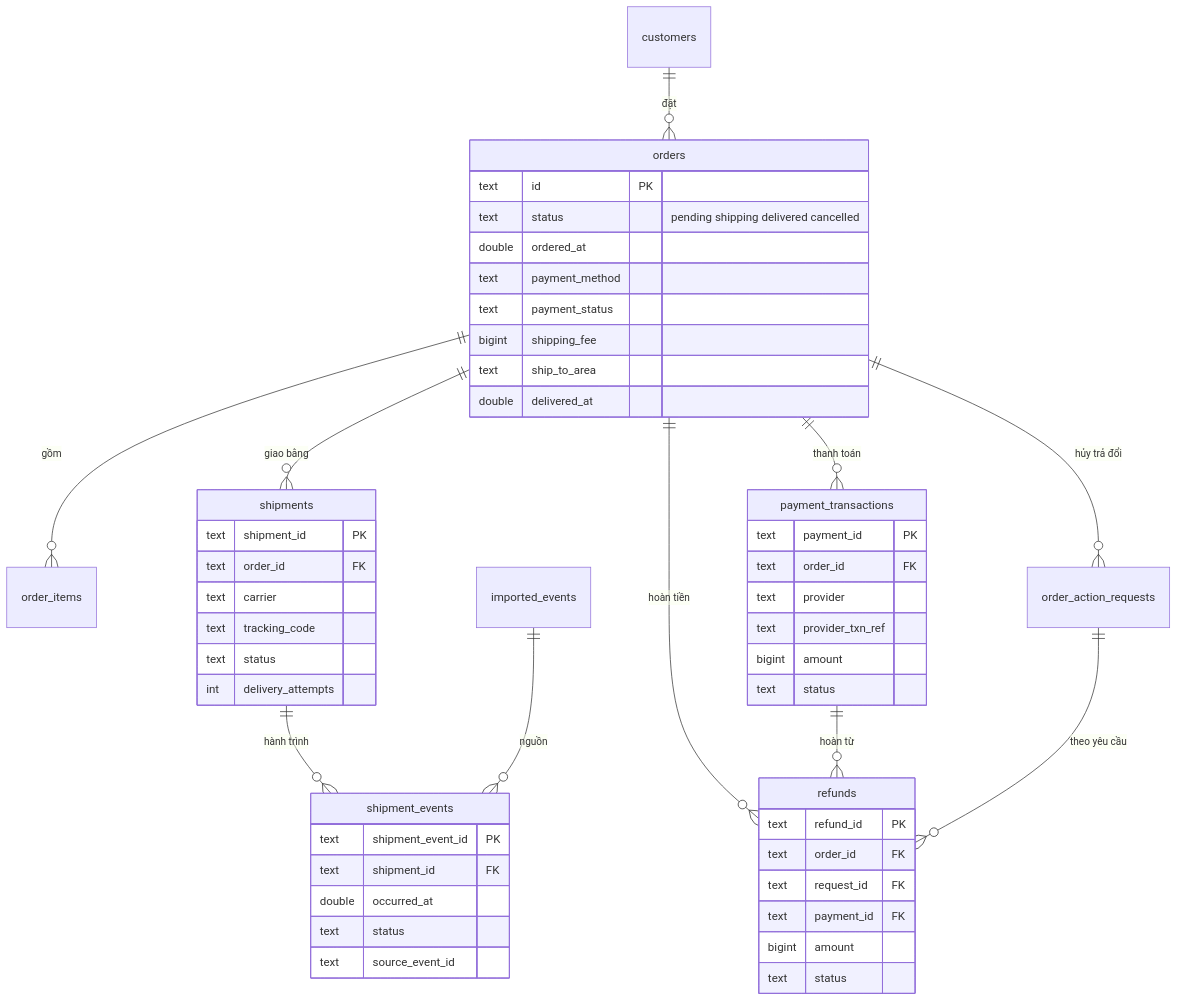
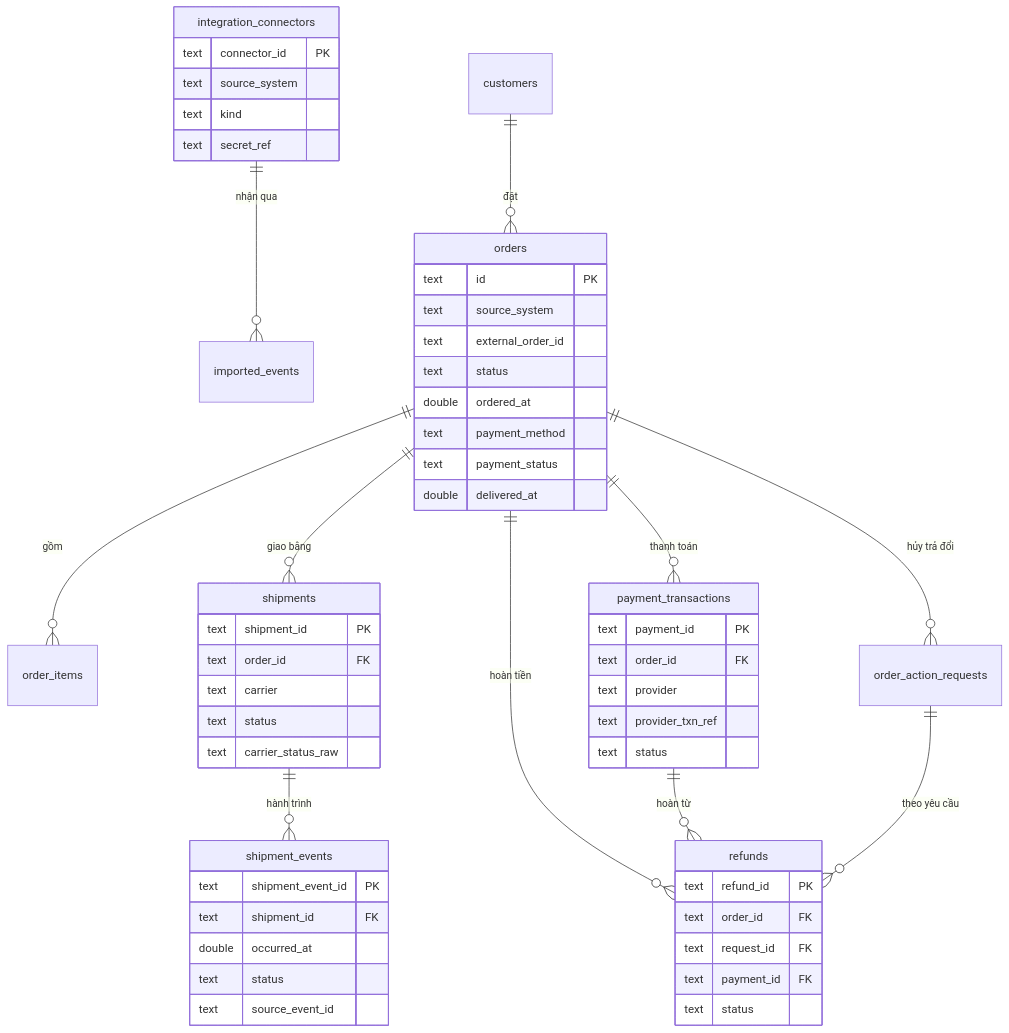
One commit to tuteemovaixlong/CSKH_ban_le changed the first of 2 diagrams in khoa_luan/07_co_so_du_lieu.md. Above: the diagram before and after it, drawn with Mermaid. The commit also changed other lines of this file and 4 other files, not shown here.

````diff
--- a/khoa_luan/07_co_so_du_lieu.md
+++ b/khoa_luan/07_co_so_du_lieu.md
@@ -274,54 +290,57 @@
 ```mermaid
 erDiagram
+  integration_connectors ||--o{ imported_events : "nhận qua"
   customers ||--o{ orders : "đặt"
   orders ||--o{ order_items : "gồm"
   orders ||--o{ shipments : "giao bằng"
   shipments ||--o{ shipment_events : "hành trình"
   orders ||--o{ payment_transactions : "thanh toán"
   orders ||--o{ refunds : "hoàn tiền"
   payment_transactions ||--o{ refunds : "hoàn từ"
   order_action_requests ||--o{ refunds : "theo yêu cầu"
   orders ||--o{ order_action_requests : "hủy trả đổi"
-  imported_events ||--o{ shipment_events : "nguồn"
+  integration_connectors {
+    text connector_id PK
+    text source_system
+    text kind
+    text secret_ref
+  }
   orders {
     text id PK
-    text status "pending shipping delivered cancelled"
+    text source_system
+    text external_order_id
+    text status
     double ordered_at
     text payment_method
     text payment_status
-    bigint shipping_fee
-    text ship_to_area
     double delivered_at
   }
   shipments {
     text shipment_id PK
     text order_id FK
     text carrier
-    text tracking_code
     text status
-    int delivery_attempts
+    text carrier_status_raw
   }
   shipment_events {
     text shipment_event_id PK
     text shipment_id FK
     double occurred_at
     text status
     text source_event_id
   }
   payment_transactions {
     text payment_id PK
     text order_id FK
     text provider
     text provider_txn_ref
-    bigint amount
     text status
   }
   refunds {
     text refund_id PK
     text order_id FK
     text request_id FK
     text payment_id FK
-    bigint amount
     text status
   }
 ```
````
